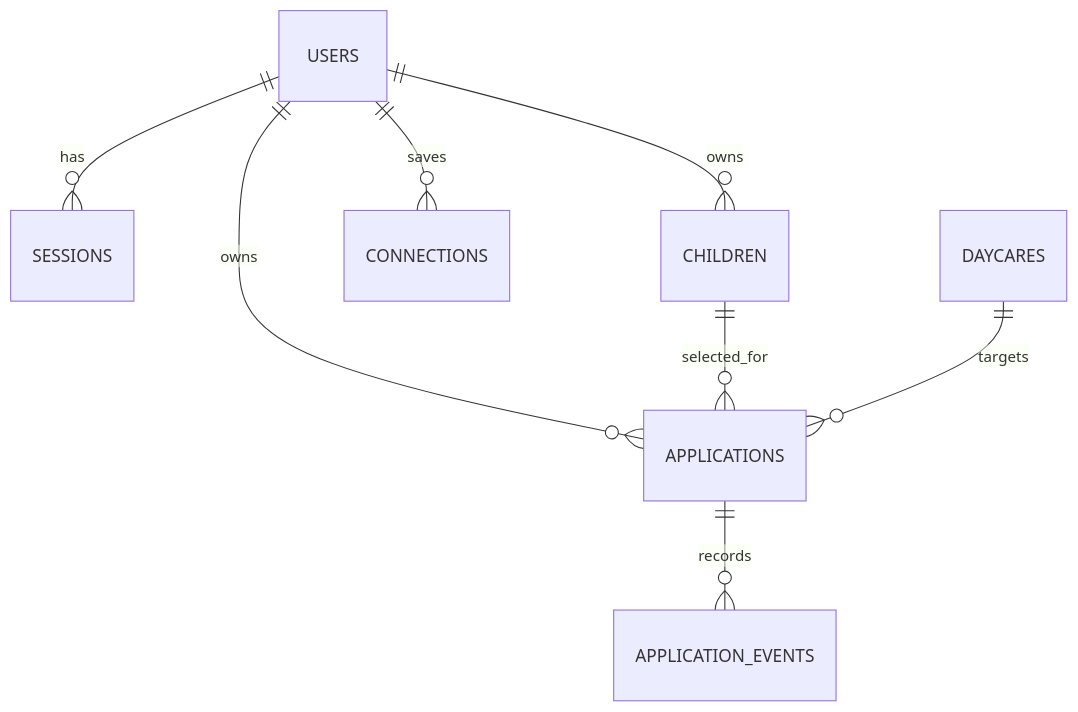
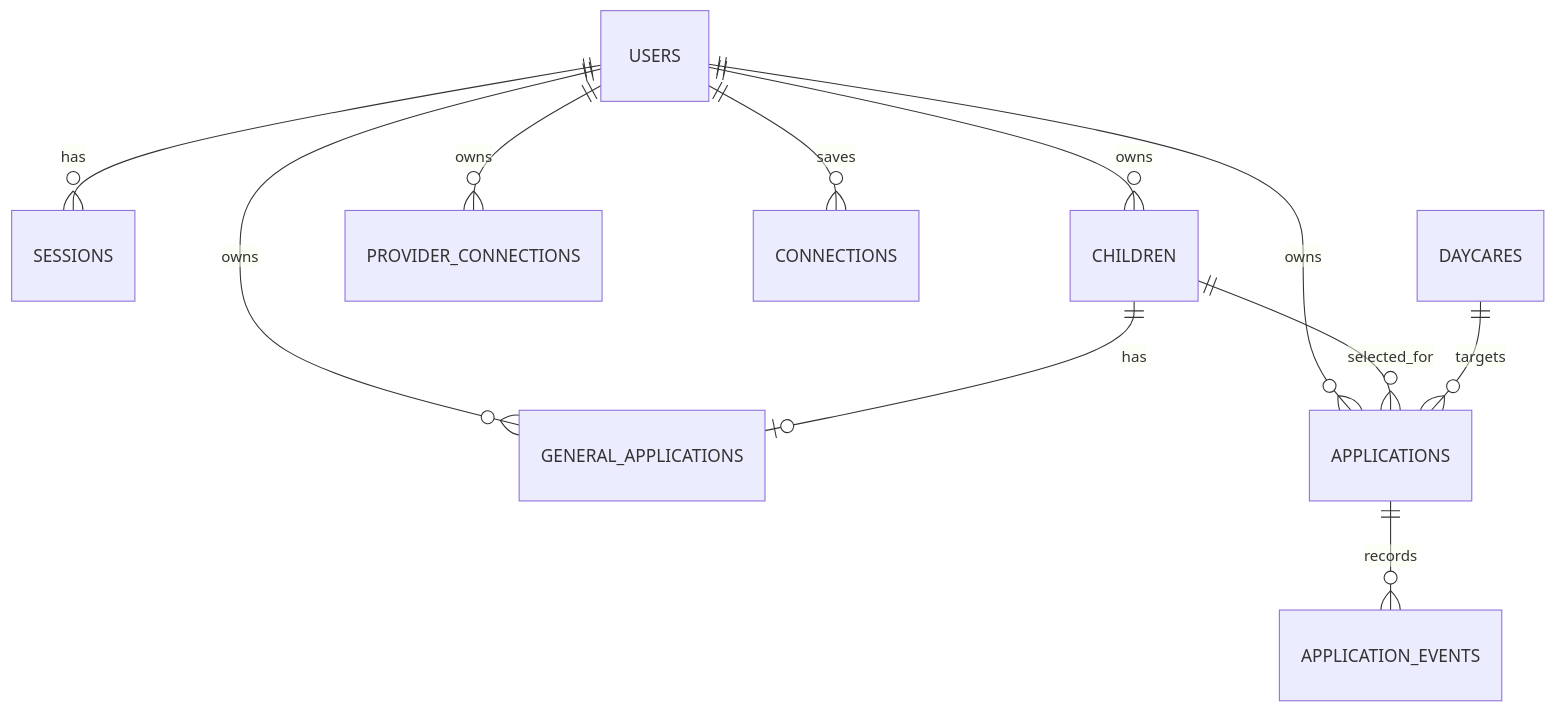
One commit to charrmint/nw-jrvh changed the diagram in docs/mvp-schema.md. Above: the diagram before and after it, drawn with Mermaid. The commit also changed other lines of this file and 27 other files, not shown here.

````diff
--- a/docs/mvp-schema.md
+++ b/docs/mvp-schema.md
@@ -16,10 +16,13 @@
 ```mermaid
 erDiagram
   USERS ||--o{ SESSIONS : has
   USERS ||--o{ CHILDREN : owns
+  USERS ||--o{ GENERAL_APPLICATIONS : owns
+  USERS ||--o{ PROVIDER_CONNECTIONS : owns
+  CHILDREN ||--o| GENERAL_APPLICATIONS : has
   USERS ||--o{ APPLICATIONS : owns
   USERS ||--o{ CONNECTIONS : saves
   CHILDREN ||--o{ APPLICATIONS : selected_for
   DAYCARES ||--o{ APPLICATIONS : targets
   APPLICATIONS ||--o{ APPLICATION_EVENTS : records
 ```
````
